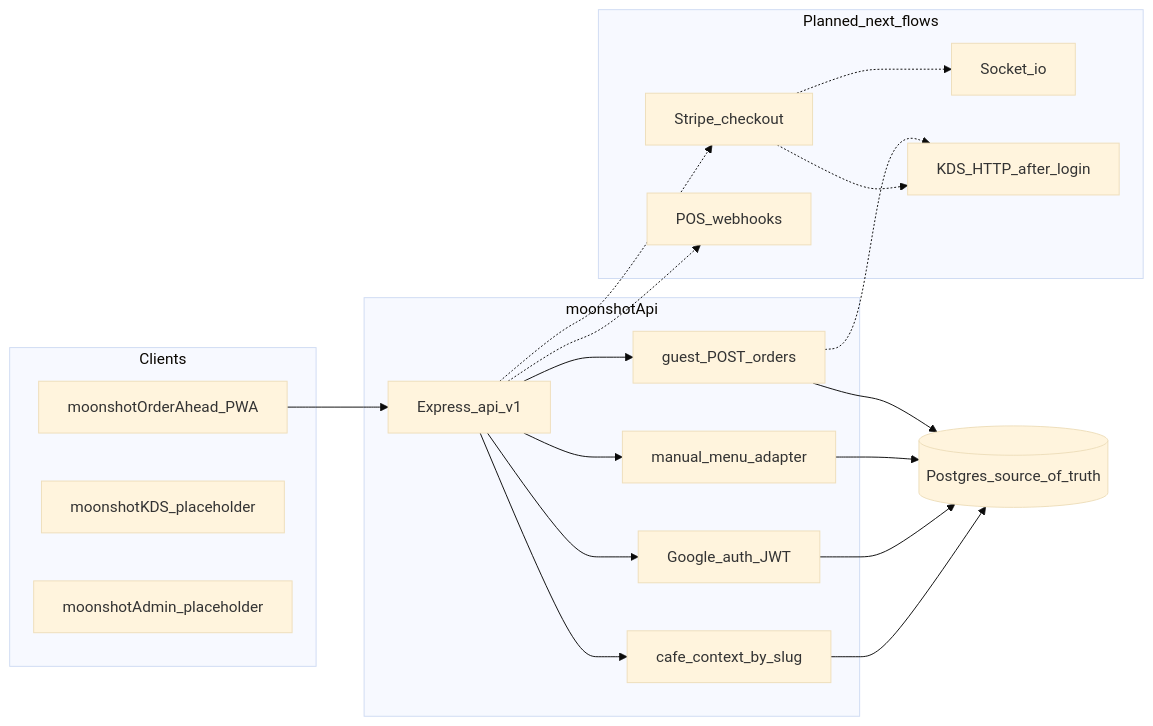
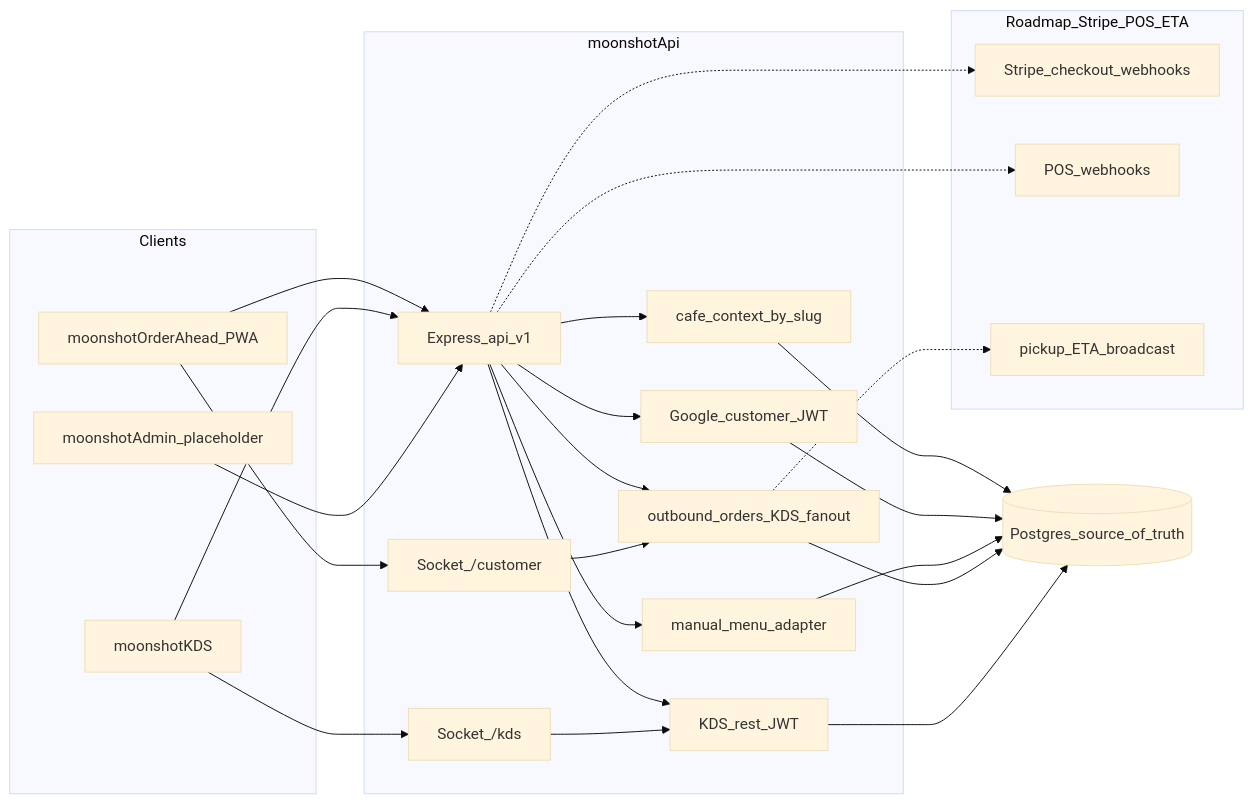
The diagram in docs/dataflow-high-level.md (SeanIntegrator/moonshot), drawn with Mermaid (base theme) before and after one commit. The commit also changed other lines of this file and 38 other files, not shown here.

````diff
--- a/docs/dataflow-high-level.md
+++ b/docs/dataflow-high-level.md
@@ -14,40 +9,50 @@
 ```mermaid
 flowchart LR
   subgraph clients [Clients]
     OA[moonshotOrderAhead_PWA]
-    KDS[moonshotKDS_placeholder]
+    KDS[moonshotKDS]
     Admin[moonshotAdmin_placeholder]
   end
 
   subgraph api [moonshotApi]
     Gateway[Express_api_v1]
     CafeContext[cafe_context_by_slug]
-    Auth[Google_auth_JWT]
+    Auth[Google_customer_JWT]
     Menu[manual_menu_adapter]
-    OrdersGuest[guest_POST_orders]
+    Orders[outbound_orders_KDS_fanout]
+    KdsRoutes[KDS_rest_JWT]
+    IoKds["Socket_/kds"]
+    IoCust["Socket_/customer"]
   end
 
-  subgraph planned [Planned_next_flows]
-    Stripe[Stripe_checkout]
-    Sockets[Socket_io]
+  subgraph plannedFlows [Roadmap_Stripe_POS_ETA]
+    Stripe[Stripe_checkout_webhooks]
     PosWebhooks[POS_webhooks]
-    KdsHttp[KDS_HTTP_after_login]
+    EtaPickup[pickup_ETA_broadcast]
   end
 
   DB[("Postgres_source_of_truth")]
 
   OA --> Gateway
+  KDS --> Gateway
+  KDS --> IoKds
+  OA --> IoCust
+  Admin --> Gateway
+
   Gateway --> CafeContext
   Gateway --> Auth
   Gateway --> Menu
-  Gateway --> OrdersGuest
+  Gateway --> Orders
+  Gateway --> KdsRoutes
   CafeContext --> DB
   Auth --> DB
   Menu --> DB
-  OrdersGuest --> DB
+  Orders --> DB
+  KdsRoutes --> DB
+  IoKds --> KdsRoutes
+  IoCust --> Orders
+
   Gateway -.-> Stripe
-  Stripe -.-> Sockets
-  Stripe -.-> KdsHttp
-  OrdersGuest -.-> KdsHttp
   Gateway -.-> PosWebhooks
+  Orders -.-> EtaPickup
 ```
````
